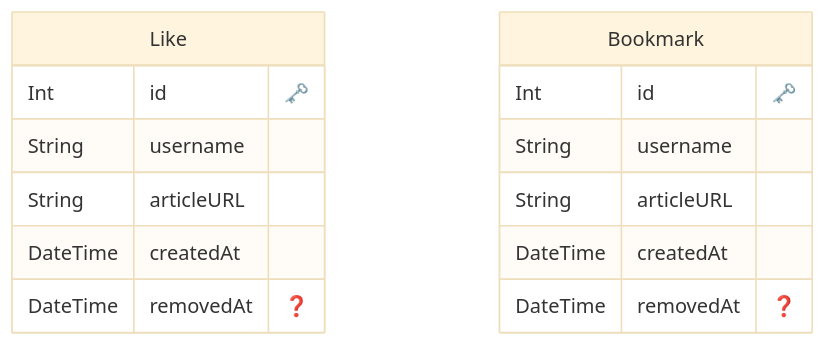
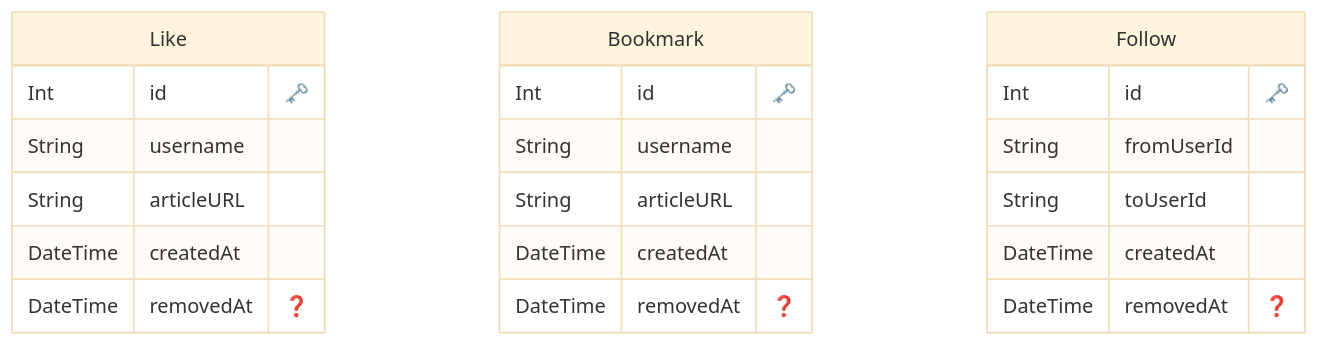
Before and after one commit to illionillion/tech-museum: the diagram in prisma/ERD.md, drawn with Mermaid (base theme). The commit also changed 2 other files, not shown here.

Commit message:
feat: フォローのスキーマ追加

````diff
--- a/prisma/ERD.md
+++ b/prisma/ERD.md
@@ -1,21 +1,30 @@
 ```mermaid
 erDiagram
 
   "Like" {
     Int id "🗝️"
-    String username 
-    String articleURL 
-    DateTime createdAt 
+    String username
+    String articleURL
+    DateTime createdAt
     DateTime removedAt "❓"
     }
-  
+
 
   "Bookmark" {
     Int id "🗝️"
-    String username 
-    String articleURL 
-    DateTime createdAt 
+    String username
+    String articleURL
+    DateTime createdAt
     DateTime removedAt "❓"
     }
-  
+
+
+  "Follow" {
+    Int id "🗝️"
+    String fromUserId
+    String toUserId
+    DateTime createdAt
+    DateTime removedAt "❓"
+    }
+
 ```
````
